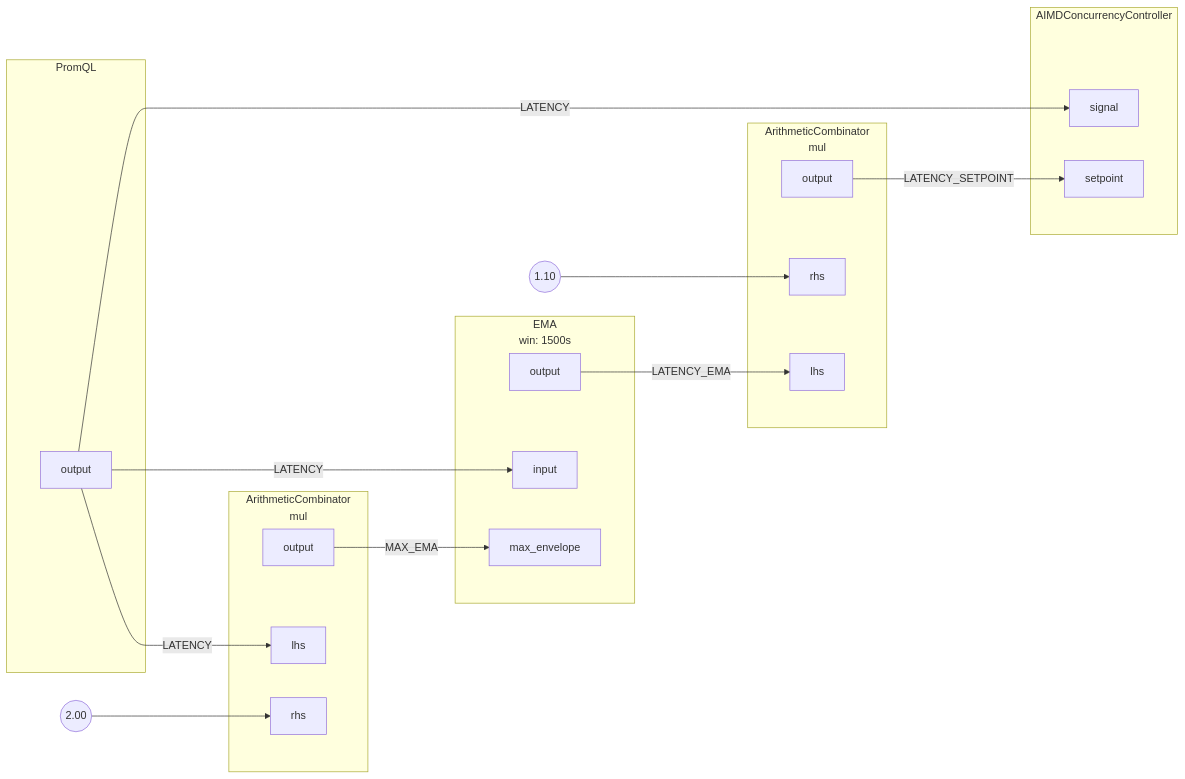
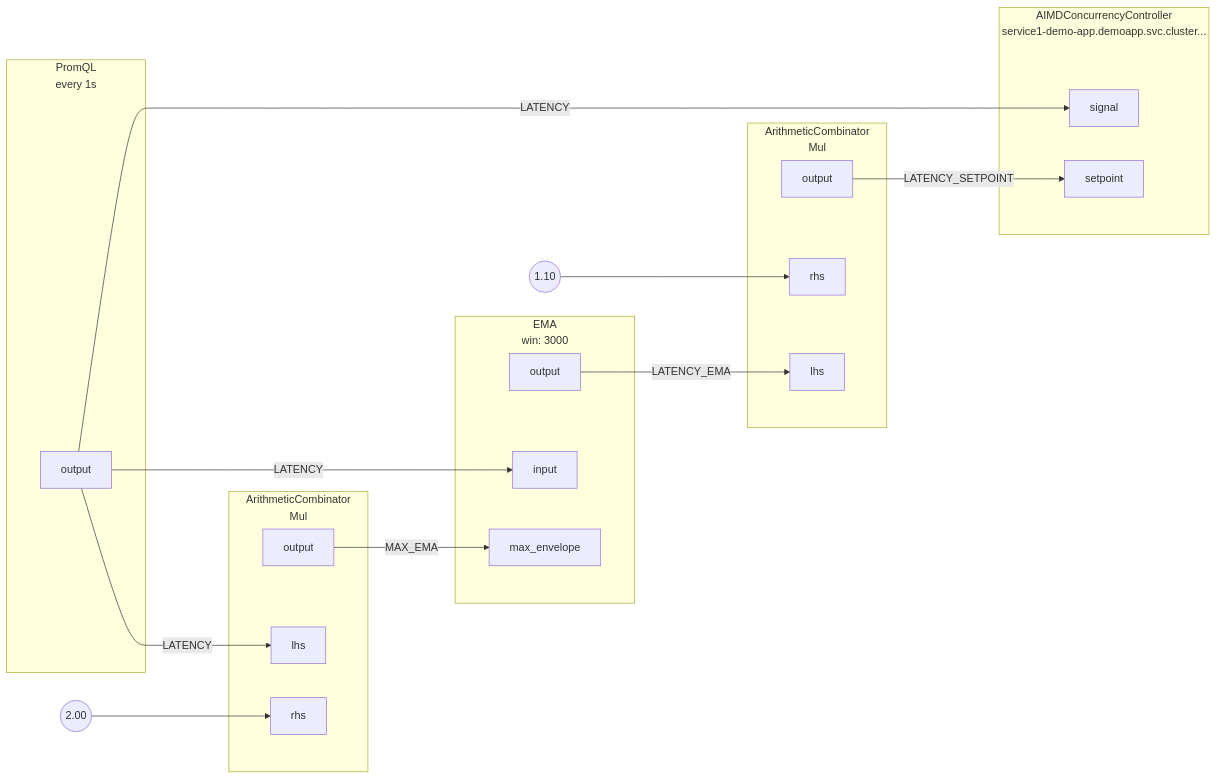
The diagram in docs/content/tutorials/integrations/flow-control/concurrency-limiting/assets/workload-prioritization/workload-prioritization.mmd (fluxninja/aperture), drawn with Mermaid before and after one commit. The commit also changed 60 other files, not shown here.

Commit message:
mermaid: add short description

```diff
--- a/docs/content/tutorials/integrations/flow-control/concurrency-limiting/assets/workload-prioritization/workload-prioritization.mmd
+++ b/docs/content/tutorials/integrations/flow-control/concurrency-limiting/assets/workload-prioritization/workload-prioritization.mmd
@@ -1,60 +1,60 @@
 flowchart LR
-subgraph root.0[PromQL]
+subgraph root.0[<center>PromQL<br/>every 1s</center>]
 subgraph root.0_outports[ ]
 style root.0_outports fill:none,stroke:none
 root.0output[output]
 end
 end
 FakeConstant0((2.00))
 FakeConstant0 --> root.1rhs
-subgraph root.1[<center>ArithmeticCombinator<br/>mul</center>]
+subgraph root.1[<center>ArithmeticCombinator<br/>Mul</center>]
 subgraph root.1_inports[ ]
 style root.1_inports fill:none,stroke:none
 root.1lhs[lhs]
 root.1rhs[rhs]
 end
 subgraph root.1_outports[ ]
 style root.1_outports fill:none,stroke:none
 root.1output[output]
 end
 end
 FakeConstant1((1.10))
 FakeConstant1 --> root.2rhs
-subgraph root.2[<center>ArithmeticCombinator<br/>mul</center>]
+subgraph root.2[<center>ArithmeticCombinator<br/>Mul</center>]
 subgraph root.2_inports[ ]
 style root.2_inports fill:none,stroke:none
+root.2lhs[lhs]
 root.2rhs[rhs]
-root.2lhs[lhs]
 end
 subgraph root.2_outports[ ]
 style root.2_outports fill:none,stroke:none
 root.2output[output]
 end
 end
-subgraph root.3[<center>EMA<br/>win: 1500s</center>]
+subgraph root.3[<center>EMA<br/>win: 3000</center>]
 subgraph root.3_inports[ ]
 style root.3_inports fill:none,stroke:none
 root.3input[input]
 root.3max_envelope[max_envelope]
 end
 subgraph root.3_outports[ ]
 style root.3_outports fill:none,stroke:none
 root.3output[output]
 end
 end
-subgraph root.4[AIMDConcurrencyController]
+subgraph root.4[<center>AIMDConcurrencyController<br/>service1-demo-app.demoapp.svc.cluster...</center>]
 subgraph root.4_inports[ ]
 style root.4_inports fill:none,stroke:none
 root.4setpoint[setpoint]
 root.4signal[signal]
 end
 subgraph root.4_outports[ ]
 style root.4_outports fill:none,stroke:none
 end
 end
-root.3output --> |LATENCY_EMA| root.2lhs
 root.0output --> |LATENCY| root.1lhs
 root.0output --> |LATENCY| root.3input
 root.0output --> |LATENCY| root.4signal
 root.1output --> |MAX_EMA| root.3max_envelope
 root.2output --> |LATENCY_SETPOINT| root.4setpoint
+root.3output --> |LATENCY_EMA| root.2lhs
```
